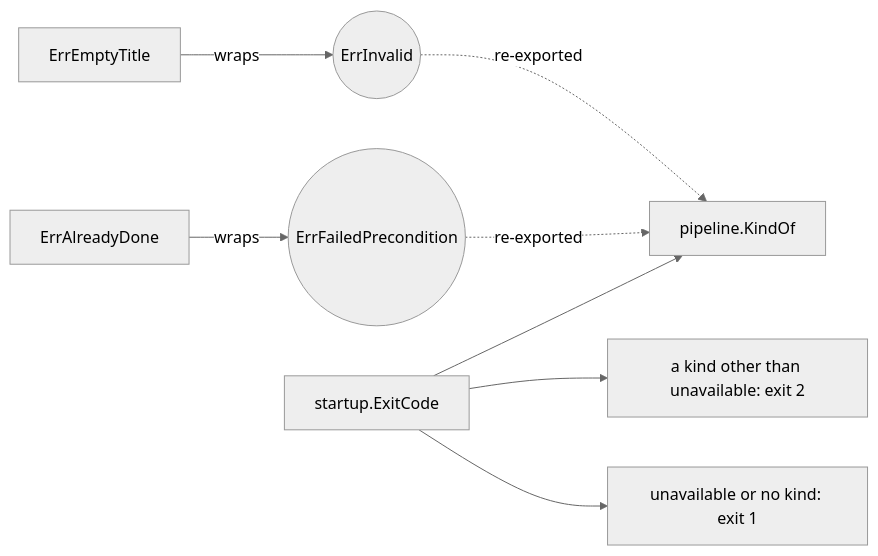
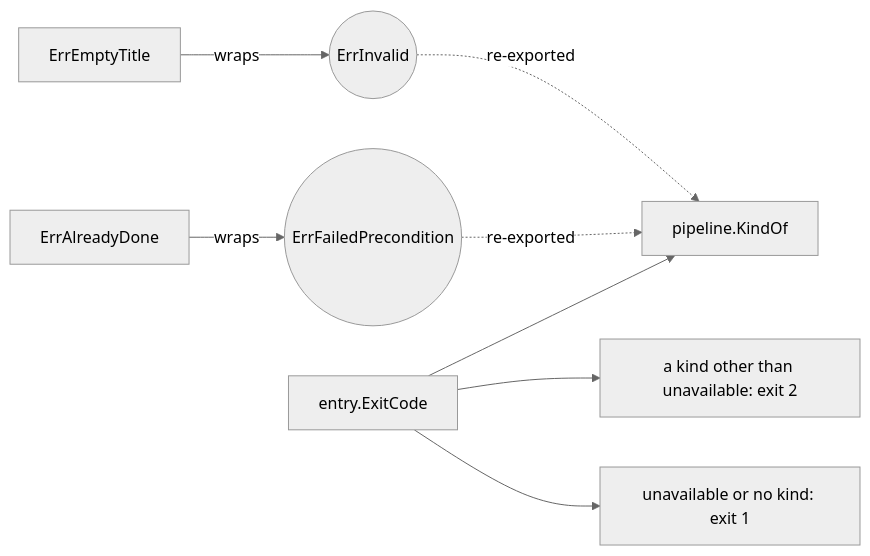
The diagram in library/architecture/go/base-plateau-in-go.skill/glossary/error-kind.md (InsonusK/ai-skills), drawn with Mermaid (neutral theme) before and after one commit. The commit also changed other lines of this file and 105 other files, not shown here.

First line of the commit message:
feat(architecture): health variation point on the management port; one runner for every entry point

````diff
--- a/library/architecture/go/base-plateau-in-go.skill/glossary/error-kind.md
+++ b/library/architecture/go/base-plateau-in-go.skill/glossary/error-kind.md
@@ -18,10 +18,10 @@
 ```mermaid
 flowchart LR
     R1["ErrEmptyTitle"] -->|wraps| K1(("ErrInvalid"))
     R2["ErrAlreadyDone"] -->|wraps| K2(("ErrFailedPrecondition"))
     K1 -. re-exported .-> P["pipeline.KindOf"]
     K2 -. re-exported .-> P
-    S["startup.ExitCode"] --> P
+    S["entry.ExitCode"] --> P
     S --> X2["a kind other than unavailable: exit 2"]
     S --> X1["unavailable or no kind: exit 1"]
 ```
````
